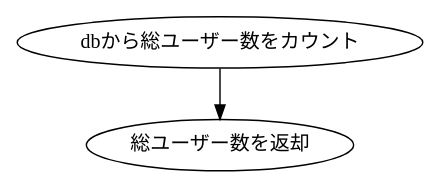
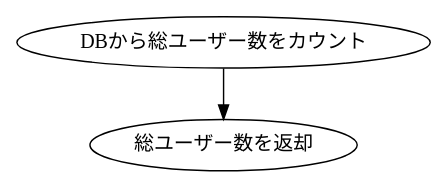
Before and after one commit to KUT-Group12/internal_design: the diagram in dot/sato/AdminGetTotalUserNumber.dot, drawn with Graphviz. The commit also changed 5 other files, not shown here.

```diff
--- a/dot/sato/AdminGetTotalUserNumber.dot
+++ b/dot/sato/AdminGetTotalUserNumber.dot
@@ -1,7 +1,7 @@
 digraph G {
     #include "style.doth"
-    db[label = "dbから総ユーザー数をカウント"]
+    db[label = "DBから総ユーザー数をカウント"]
     result[label = "総ユーザー数を返却"]
 
     db -> result
 }
```
